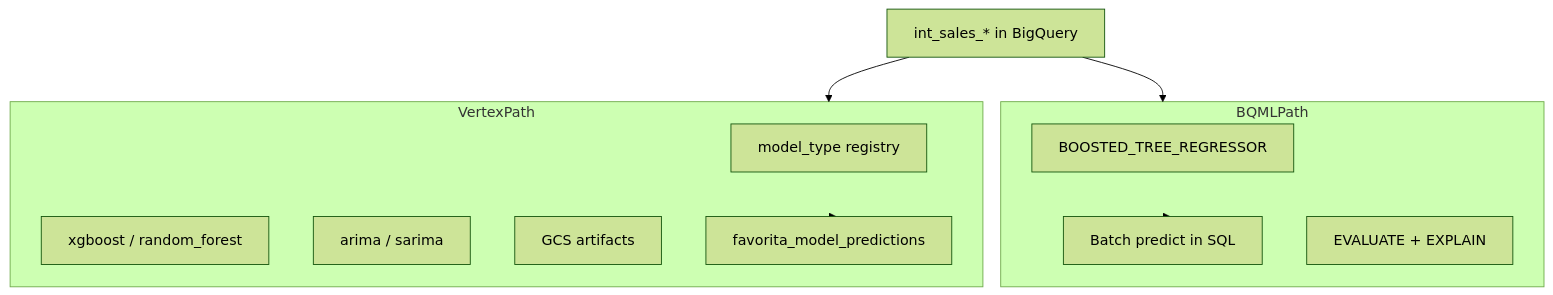
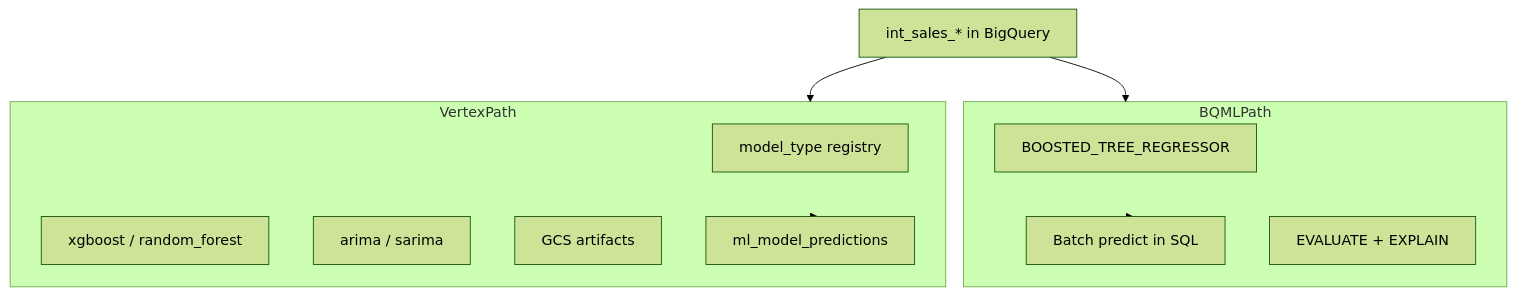
The third of 5 diagrams in docs/reference_architecture.md (the-datastrategist/tds-dbt-favorita), drawn with Mermaid (forest theme) before and after one commit. The commit also changed 21 other files, not shown here.

First line of the commit message:
refactor: rename favorita_model_* / favorita_vertex_job_runs tables to ml_* (#10)

````diff
--- a/docs/reference_architecture.md
+++ b/docs/reference_architecture.md
@@ -107,24 +107,24 @@
 ```mermaid
 flowchart TB
   Features[int_sales_* in BigQuery]
 
   Features --> BQMLPath[BigQuery ML path]
   Features --> VertexPath[Vertex custom path]
 
   subgraph BQMLPath
     BT[BOOSTED_TREE_REGRESSOR]
     BQPred[Batch predict in SQL]
     BQEval[EVALUATE + EXPLAIN]
   end
 
   subgraph VertexPath
     Registry[model_type registry]
     XGB[xgboost / random_forest]
     TS[arima / sarima]
     GCSArt[GCS artifacts]
-    Unified[favorita_model_predictions]
+    Unified[ml_model_predictions]
   end
 
   BQMLPath --> BQPred
   VertexPath --> Unified
 ```
````
